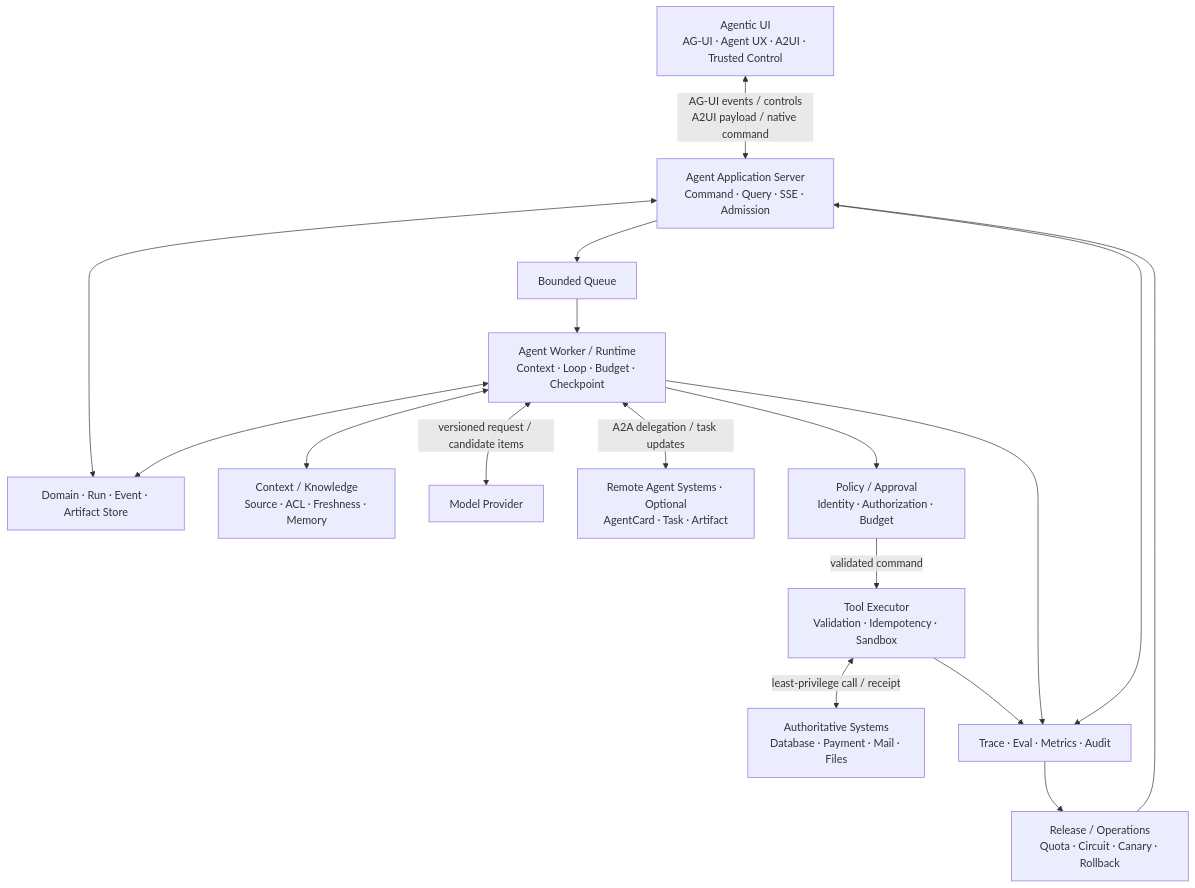
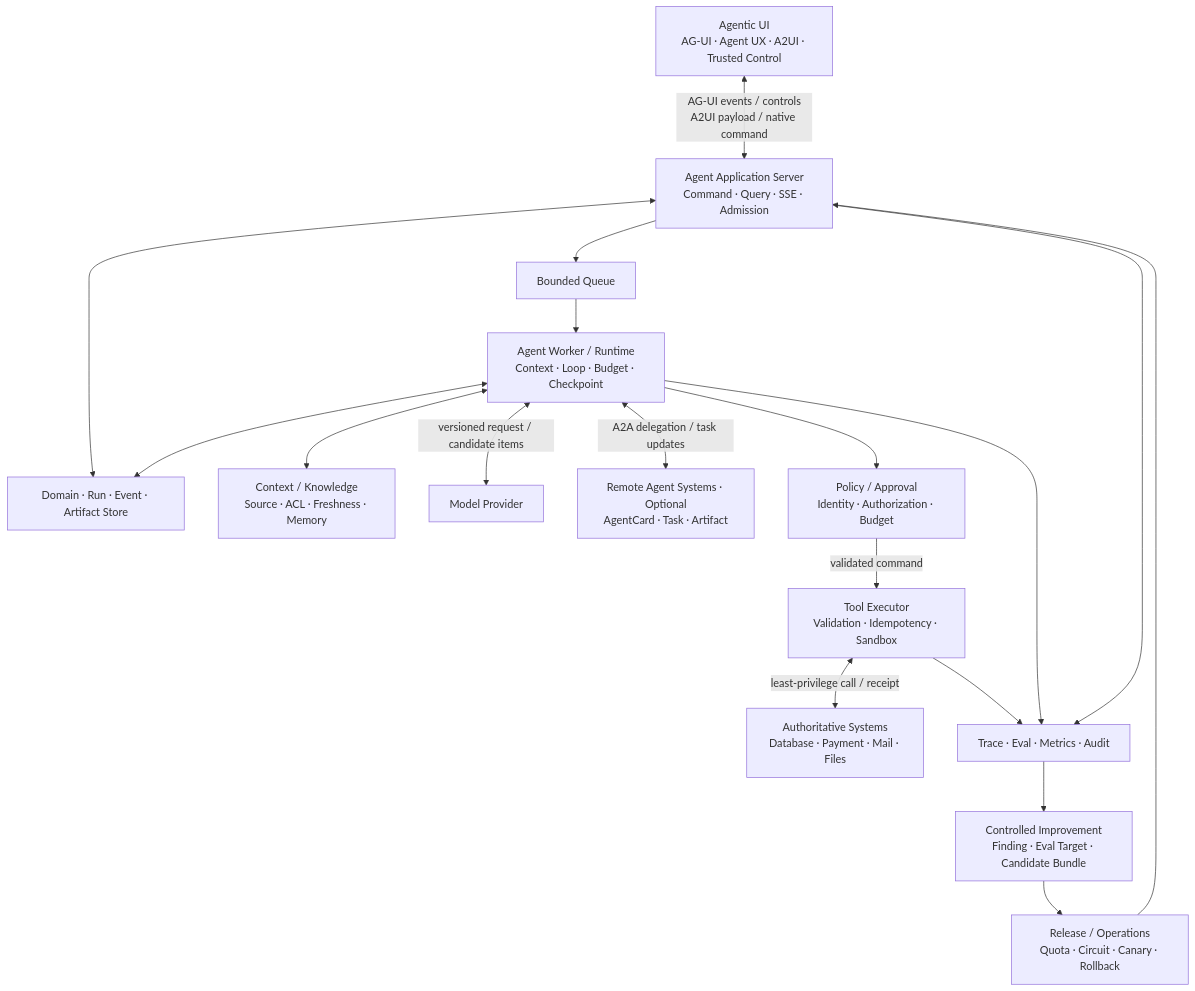
One commit to whatthehan/masterpiece-static-docs changed the diagram in site/11-综合实践与作品设计/01-综合系统心智模型.md. Above: the diagram before and after it, drawn with Mermaid. The commit also changed other lines of this file and 144 other files, not shown here.

````diff
--- a/site/11-综合实践与作品设计/01-综合系统心智模型.md
+++ b/site/11-综合实践与作品设计/01-综合系统心智模型.md
@@ -9,32 +9,34 @@
 ```mermaid
 flowchart TD
     UX["Agentic UI<br/>AG-UI · Agent UX · A2UI · Trusted Control"]
     APP["Agent Application Server<br/>Command · Query · SSE · Admission"]
     QUEUE["Bounded Queue"]
     RUNTIME["Agent Worker / Runtime<br/>Context · Loop · Budget · Checkpoint"]
     STORE["Domain · Run · Event · Artifact Store"]
     CTX["Context / Knowledge<br/>Source · ACL · Freshness · Memory"]
     MODEL["Model Provider"]
     REMOTE["Remote Agent Systems · Optional<br/>AgentCard · Task · Artifact"]
     POLICY["Policy / Approval<br/>Identity · Authorization · Budget"]
     EXEC["Tool Executor<br/>Validation · Idempotency · Sandbox"]
     SYS["Authoritative Systems<br/>Database · Payment · Mail · Files"]
     OBS["Trace · Eval · Metrics · Audit"]
+    IMPROVE["Controlled Improvement<br/>Finding · Eval Target · Candidate Bundle"]
     OPS["Release / Operations<br/>Quota · Circuit · Canary · Rollback"]
 
     UX <--> |"AG-UI events / controls<br/>A2UI payload / native command"| APP
     APP <--> STORE
     APP --> QUEUE --> RUNTIME
     RUNTIME <--> STORE
     RUNTIME <--> CTX
     RUNTIME <--> |"versioned request / candidate items"| MODEL
     RUNTIME <--> |"A2A delegation / task updates"| REMOTE
     RUNTIME --> POLICY
     POLICY --> |"validated command"| EXEC
     EXEC <--> |"least-privilege call / receipt"| SYS
     APP --> OBS
     RUNTIME --> OBS
     EXEC --> OBS
-    OBS --> OPS
+    OBS --> IMPROVE
+    IMPROVE --> OPS
     OPS --> APP
 ```
````
